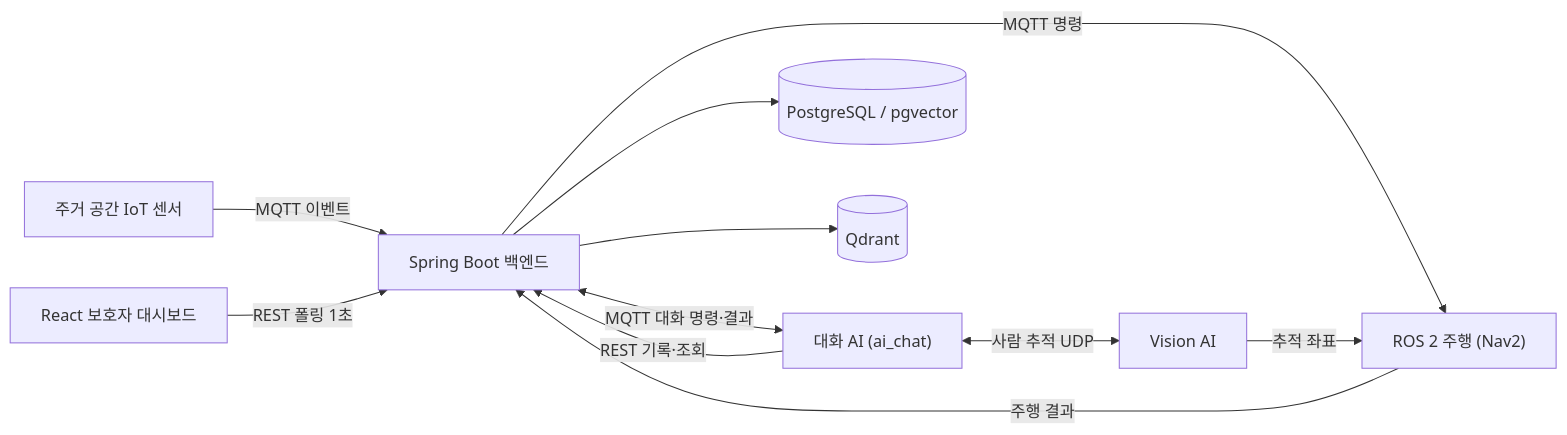
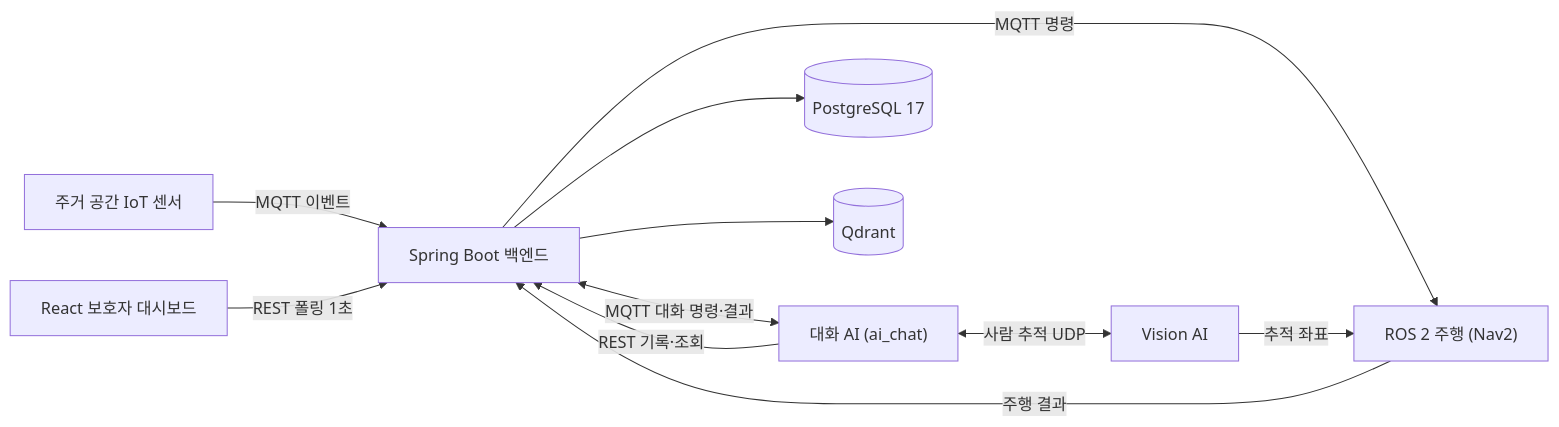
The second of 2 diagrams in README.md (bomi-aiot/BOMI), drawn with Mermaid before and after one commit. The commit also changed other lines of this file and 21 other files, not shown here.

````diff
--- a/README.md
+++ b/README.md
@@ -72,13 +72,13 @@
 ```mermaid
 flowchart LR
   IoT["주거 공간 IoT 센서"] -->|MQTT 이벤트| BE["Spring Boot 백엔드"]
   BE -->|MQTT 명령| Robot["ROS 2 주행 (Nav2)"]
   Robot -->|주행 결과| BE
   BE <-->|MQTT 대화 명령·결과| AI["대화 AI (ai_chat)"]
   AI -->|REST 기록·조회| BE
   AI <-->|사람 추적 UDP| Vision["Vision AI"]
   Vision -->|추적 좌표| Robot
   FE["React 보호자 대시보드"] -->|REST 폴링 1초| BE
-  BE --> DB[("PostgreSQL / pgvector")]
+  BE --> DB[("PostgreSQL 17")]
   BE --> Vector[("Qdrant")]
 ```
````
